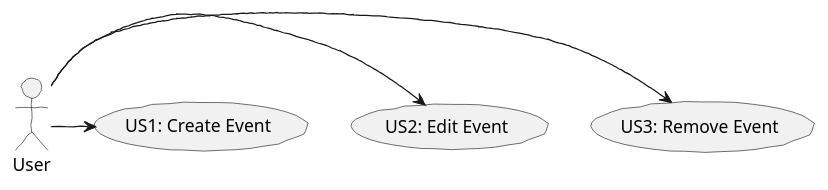
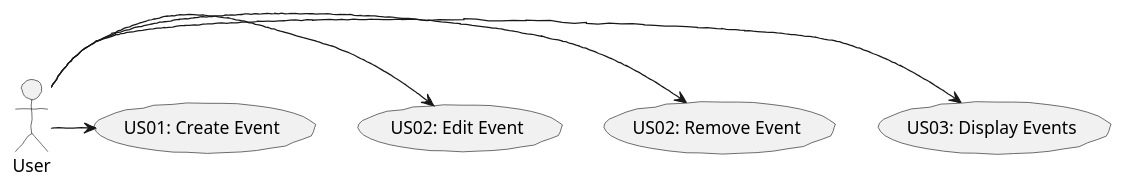
The diagram in docs/red/s1161213/sp1/us.puml (HugoFernandes2343/LAPR4_2017-2018), drawn with PlantUML before and after one commit. The commit also changed 14 other files, not shown here.

```diff
--- a/docs/red/s1161213/sp1/us.puml
+++ b/docs/red/s1161213/sp1/us.puml
@@ -1,13 +1,14 @@
 @startuml  us.png
 skinparam handwritten true
 skinparam monochrome true
 skinparam packageStyle rect
 skinparam defaultFontName FG Virgil
 skinparam shadowing false
 
-User -> (US3: Remove Event)
-User -> (US2: Edit Event)
-User -> (US1: Create Event)
+User -> (US03: Display Events)
+User -> (US02: Remove Event)
+User -> (US02: Edit Event)
+User -> (US01: Create Event)
 
 
 @enduml
```
